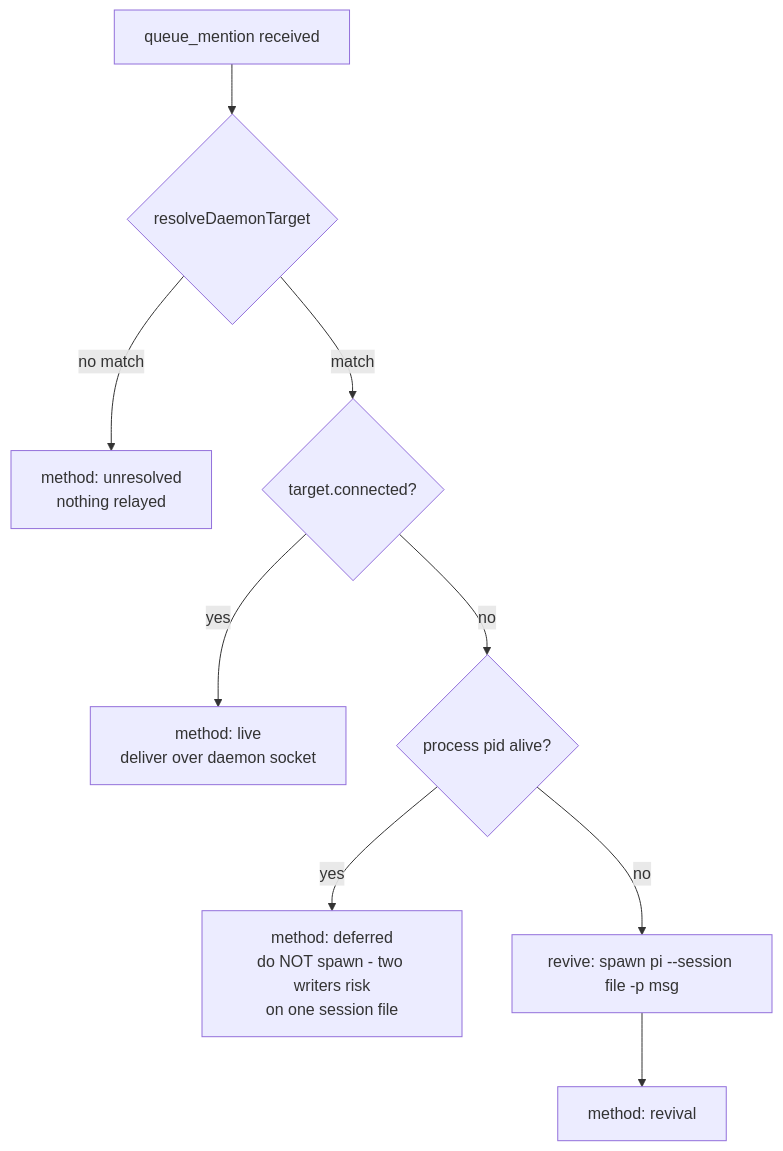
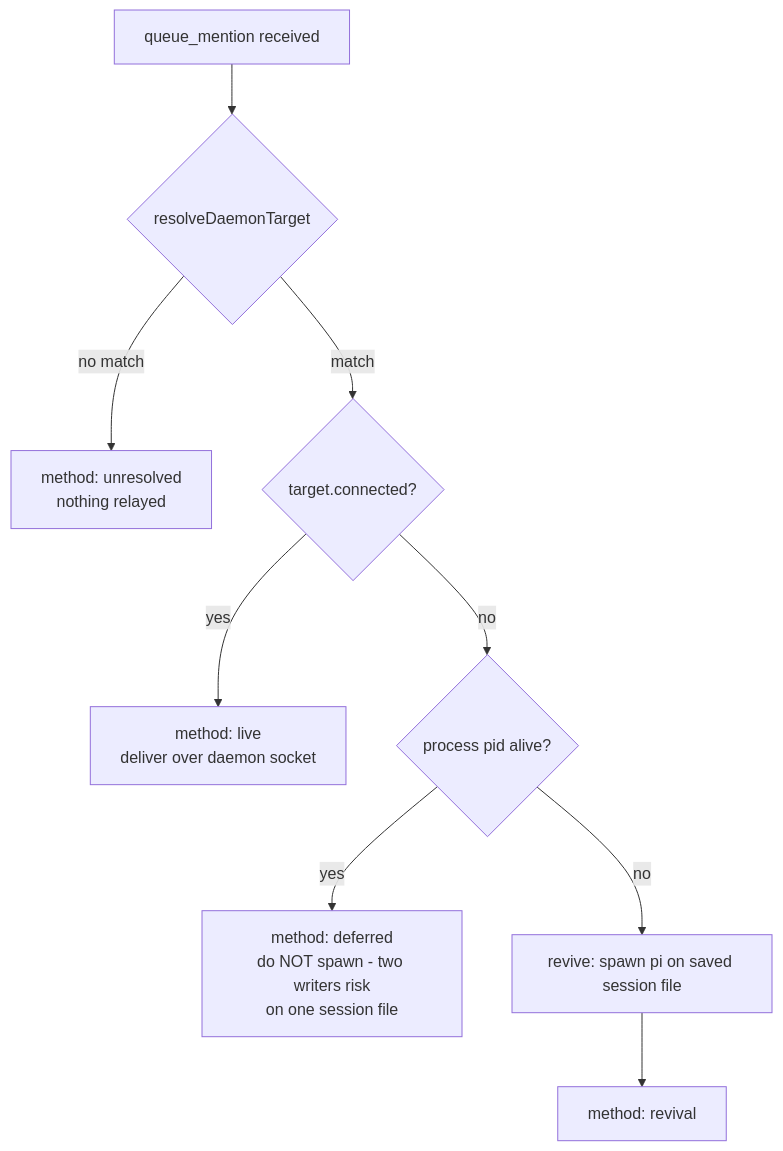
The fourth of 4 diagrams in README.md (elecnix/pi-agent-identity), drawn with Mermaid before and after one commit. The commit also changed other lines of this file, not shown here.

First line of the commit message:
fix(docs): use mermaid-safe edge label syntax

````diff
--- a/README.md
+++ b/README.md
@@ -119,11 +119,11 @@
 ```mermaid
 flowchart TD
     Q[queue_mention received] --> RES{resolveDaemonTarget}
     RES -->|no match| UN[method: unresolved<br />nothing relayed]
     RES -->|match| C{target.connected?}
     C -->|yes| L[method: live<br />deliver over daemon socket]
     C -->|no| A{process pid alive?}
     A -->|yes| DF[method: deferred<br />do NOT spawn - two writers risk<br />on one session file]
-    A -->|no| SP[revive: spawn pi --session file -p msg]
+    A -->|no| SP[revive: spawn pi on saved session file]
     SP --> V[method: revival]
 ```
````
